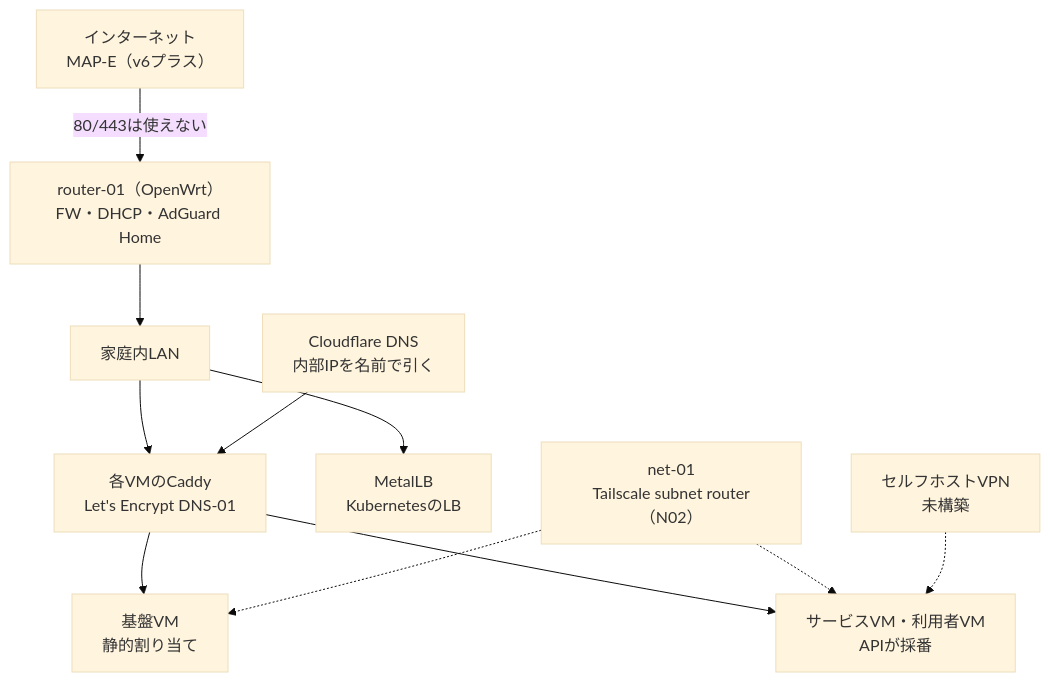
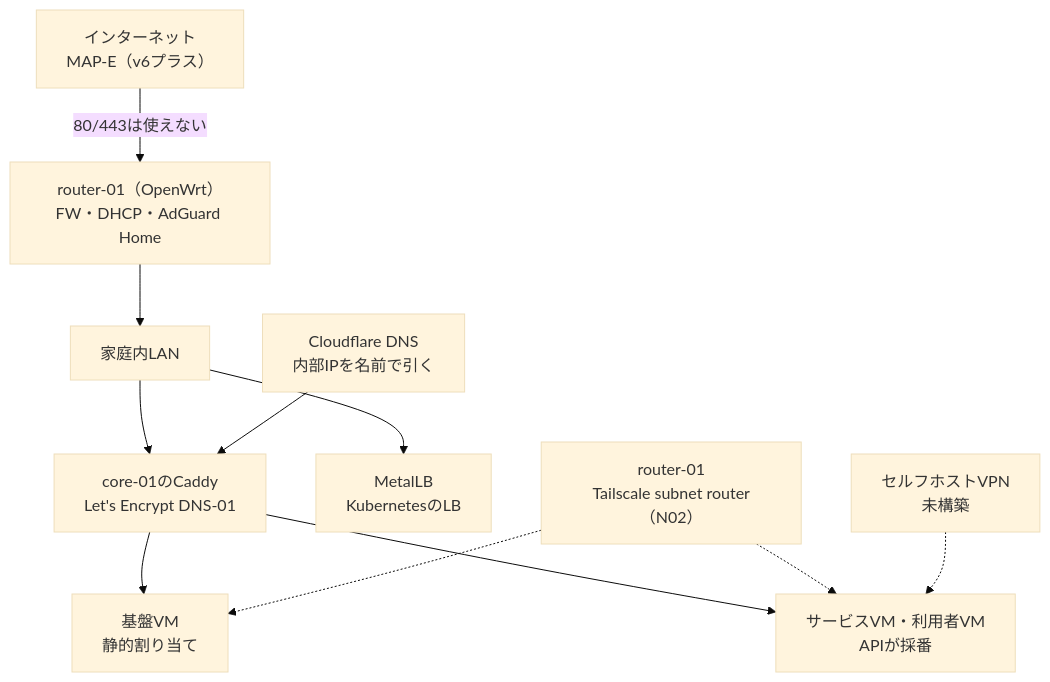
One commit to rurutheGeek/shake-cloud changed diagram 13 of 14 in docs/architecture/overview.md. Above: the diagram before and after it, drawn with Mermaid (base theme). The commit also changed other lines of this file and 67 other files, not shown here.

````diff
--- a/docs/architecture/overview.md
+++ b/docs/architecture/overview.md
@@ -496,24 +491,24 @@
 ```mermaid
 flowchart TB
   net["インターネット<br/>MAP-E（v6プラス）"]
   router["router-01（OpenWrt）<br/>FW・DHCP・AdGuard Home"]
   lan["家庭内LAN"]
   dns["Cloudflare DNS<br/>内部IPを名前で引く"]
-  caddy["各VMのCaddy<br/>Let's Encrypt DNS-01"]
+  caddy["core-01のCaddy<br/>Let's Encrypt DNS-01"]
   fixed["基盤VM<br/>静的割り当て"]
   cloudips["サービスVM・利用者VM<br/>APIが採番"]
   metallb["MetalLB<br/>KubernetesのLB"]
-  tailscale["net-01<br/>Tailscale subnet router（N02）"]
+  tailscale["router-01<br/>Tailscale subnet router（N02）"]
   vpn["セルフホストVPN<br/>未構築"]
 
   net -->|"80/443は使えない"| router
   router --> lan
   lan --> caddy
   dns --> caddy
   caddy --> fixed
   caddy --> cloudips
   lan --> metallb
   tailscale -.-> fixed
   tailscale -.-> cloudips
   vpn -.-> cloudips
 ```
````
